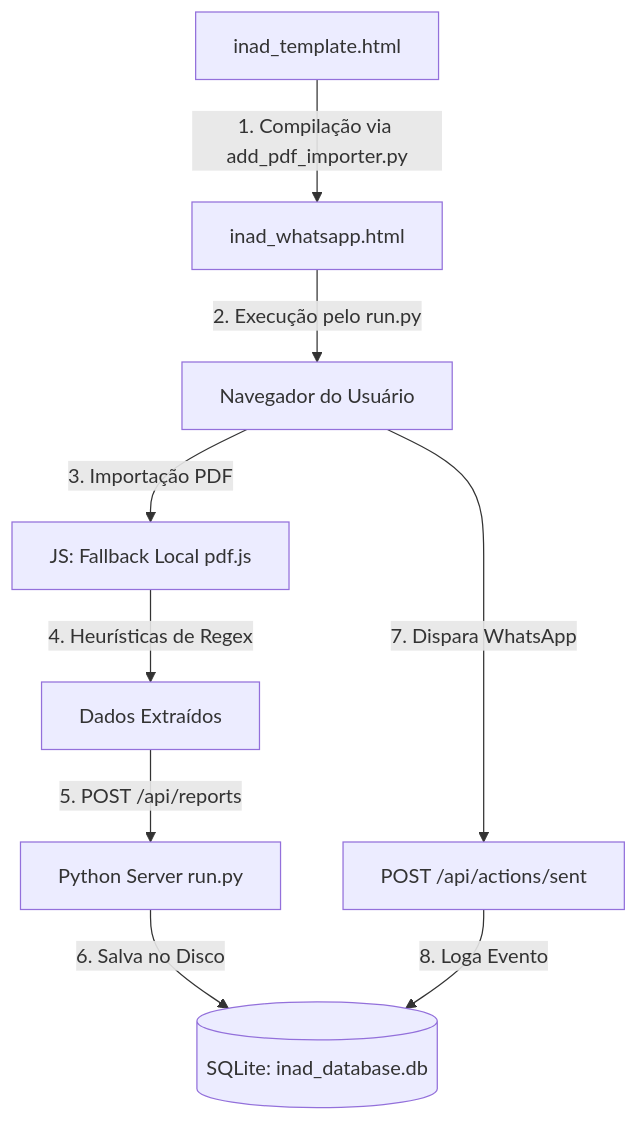
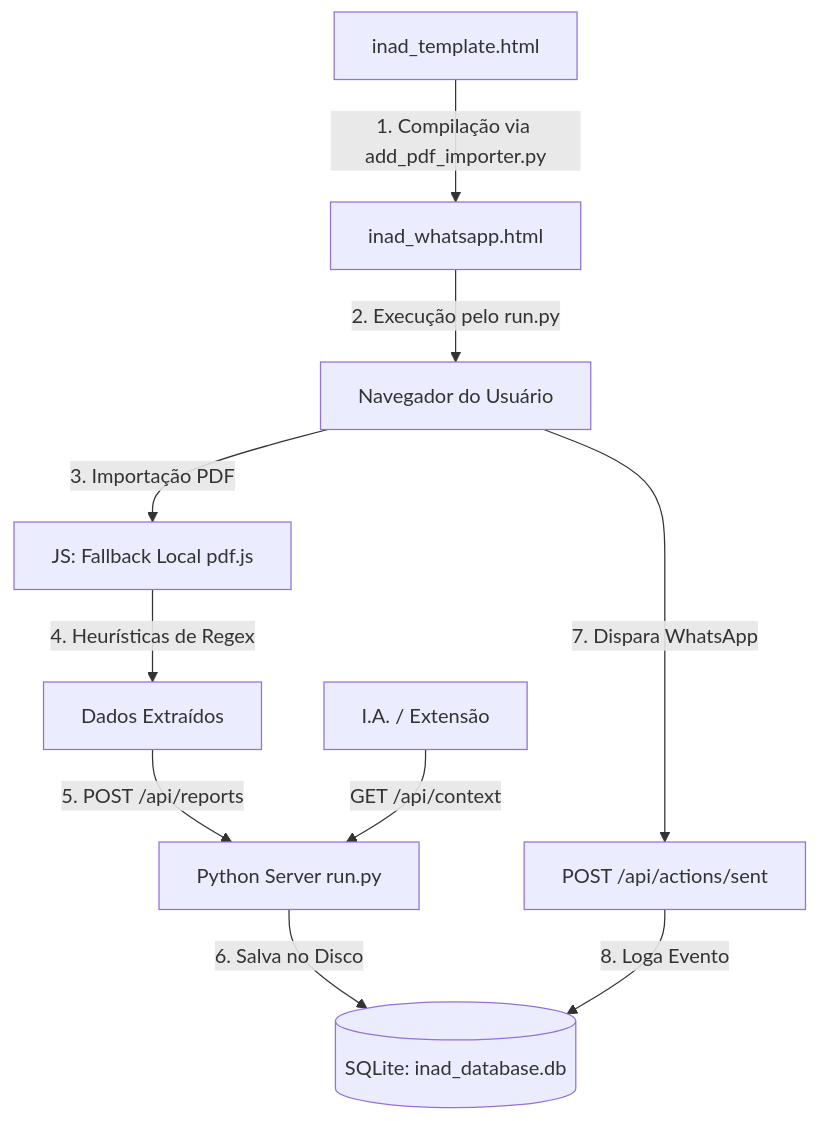
The diagram in AI_CONTEXT.md (Dimasaas/INAD-Cobranca), drawn with Mermaid before and after one commit. The commit also changed other lines of this file and 4 other files, not shown here.

First line of the commit message:
feat: exclusões padrão de KPI e endpoint /api/context para IAs.

````diff
--- a/AI_CONTEXT.md
+++ b/AI_CONTEXT.md
@@ -15,11 +19,12 @@
 ```mermaid
 graph TD
     A[inad_template.html] -->|1. Compilação via add_pdf_importer.py| B[inad_whatsapp.html]
     B -->|2. Execução pelo run.py| C[Navegador do Usuário]
     C -->|3. Importação PDF| D[JS: Fallback Local pdf.js]
     D -->|4. Heurísticas de Regex| E[Dados Extraídos]
     E -->|5. POST /api/reports| F[Python Server run.py]
     F -->|6. Salva no Disco| G[(SQLite: inad_database.db)]
     C -->|7. Dispara WhatsApp| H[POST /api/actions/sent]
     H -->|8. Loga Evento| G
+    I[I.A. / Extensão] -->|GET /api/context| F
 ```
````
